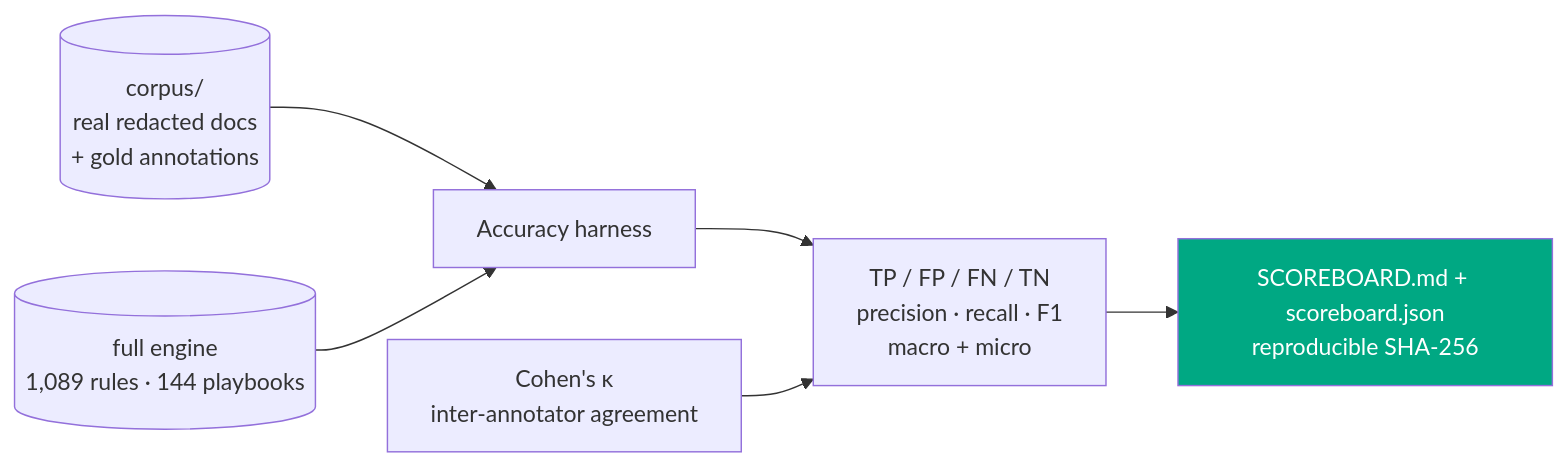
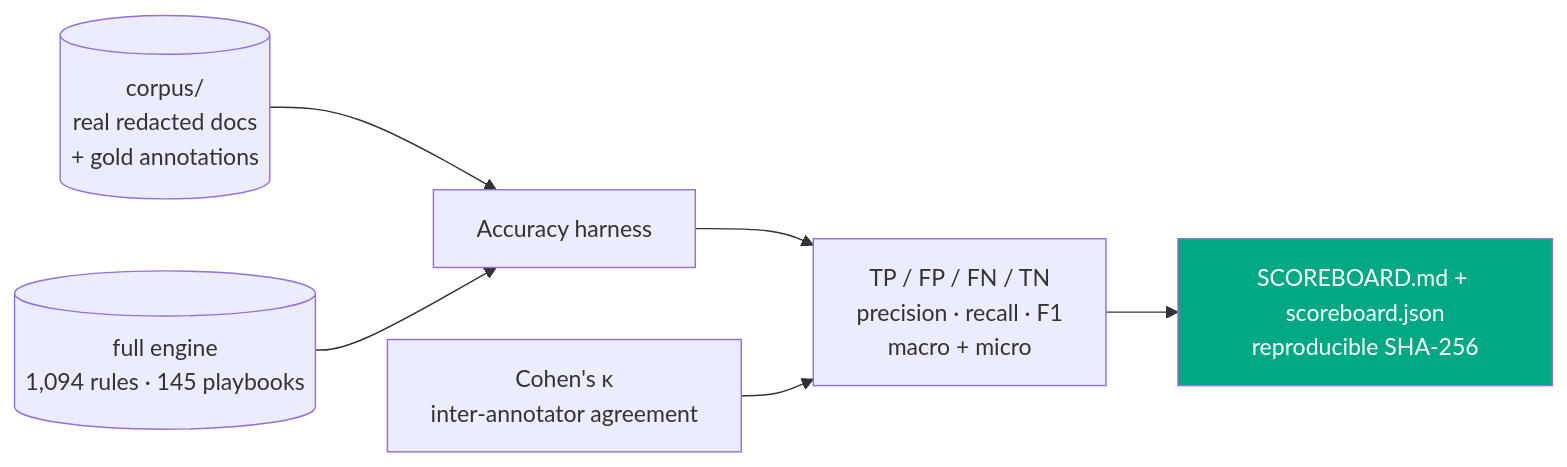
One commit to clay-good/vaulytica changed the seventh of 11 diagrams in README.md. Above: the diagram before and after it, drawn with Mermaid. The commit also changed other lines of this file and 98 other files, not shown here.

````diff
--- a/README.md
+++ b/README.md
@@ -1204,9 +1204,9 @@
 ```mermaid
 flowchart LR
   C[(corpus/<br/>real redacted docs<br/>+ gold annotations)] --> H[Accuracy harness]
-  R[(full engine<br/>1,089 rules · 144 playbooks)] --> H
+  R[(full engine<br/>1,094 rules · 145 playbooks)] --> H
   H --> M[TP / FP / FN / TN<br/>precision · recall · F1<br/>macro + micro]
   M --> S[SCOREBOARD.md + scoreboard.json<br/>reproducible SHA-256]
   K[Cohen's κ<br/>inter-annotator agreement] --> M
   style S fill:#00A883,color:#fff
 ```
````
